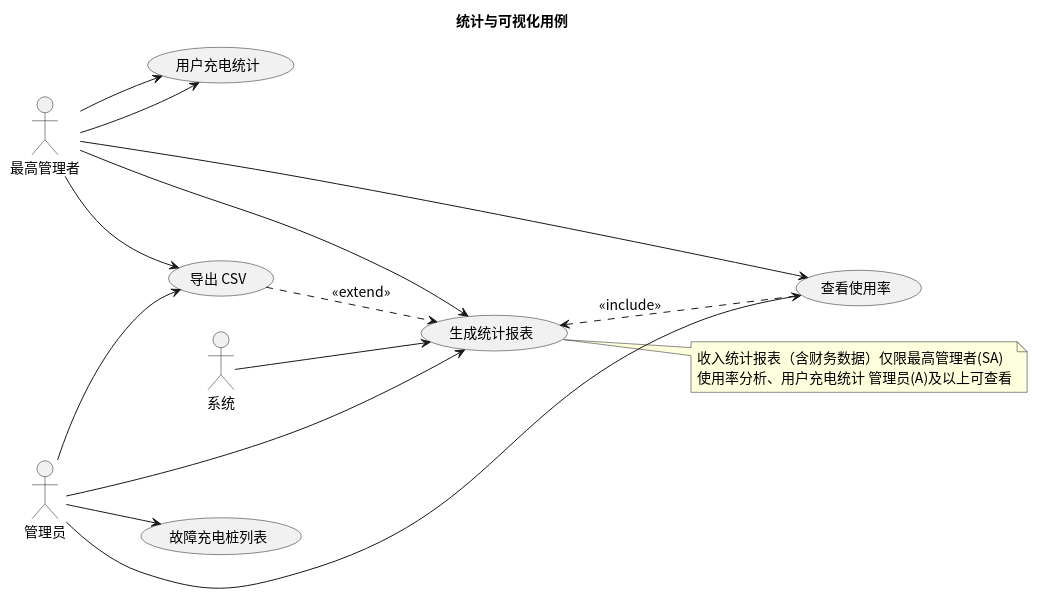
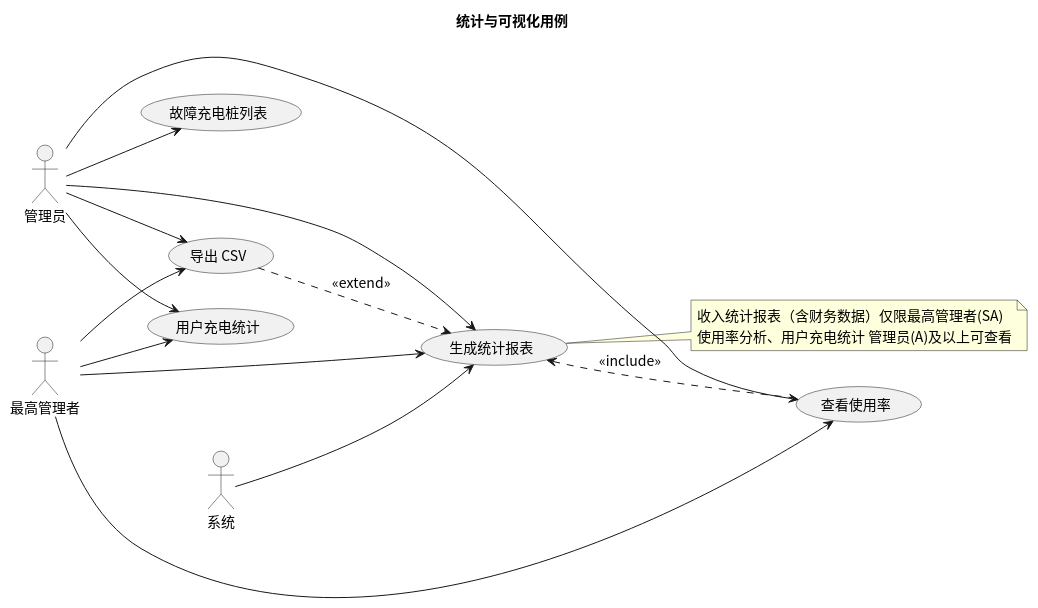
Before and after one commit to greenhandzdl/charging-station-doc: the diagram in usecase/docs/overview/src/analytics.puml, drawn with PlantUML. The commit also changed 18 other files, not shown here.

First line of the commit message:
fix: 第1轮评估修复完结 — 强制结束补充审计日志、密码重置时序图、安全注解补充

```diff
--- a/usecase/docs/overview/src/analytics.puml
+++ b/usecase/docs/overview/src/analytics.puml
@@ -1,33 +1,33 @@
 @startuml
 skinparam defaultFontName "Noto Sans CJK SC"
 skinparam defaultFontSize 14
 title 统计与可视化用例
 left to right direction
 skinparam useCaseShape rectangle
 
 actor "系统" as S
 actor "管理员" as A
 actor "最高管理者" as SA
 
 usecase "生成统计报表" as GR
 usecase "查看使用率" as VU
 usecase "导出 CSV" as EXP
 usecase "用户充电统计" as UCS
 usecase "故障充电桩列表" as FCL
 
 S  --> GR
 A  --> GR
 A  --> VU
 A  --> EXP
-SA --> UCS
 SA --> GR
 SA --> VU
 SA --> EXP
 A  --> FCL
+A  --> UCS
 SA --> UCS
 
 GR <.down. VU : <<include>>
 EXP ..> GR : <<extend>>
 
 note right of GR : 收入统计报表（含财务数据）仅限最高管理者(SA)\n使用率分析、用户充电统计 管理员(A)及以上可查看
 @enduml
```
